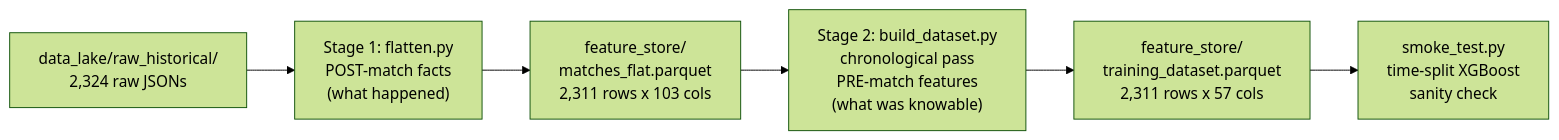
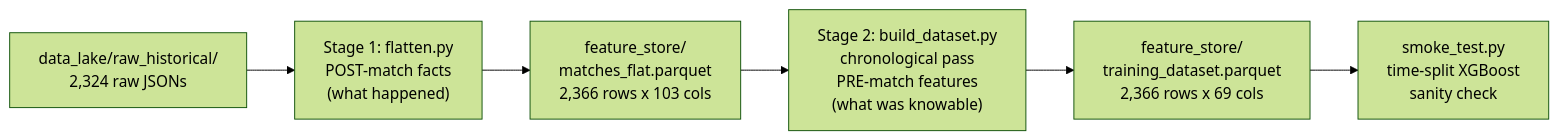
The diagram in tools/mathematical_engine/feature_engineering/Architecture.md (joseph-abdallah04/Sports_Prediction_Agent_CAPSTONE), drawn with Mermaid (forest theme) before and after one commit. The commit also changed other lines of this file and 58 other files, not shown here.

````diff
--- a/tools/mathematical_engine/feature_engineering/Architecture.md
+++ b/tools/mathematical_engine/feature_engineering/Architecture.md
@@ -27,8 +27,8 @@
 ```mermaid
 flowchart LR
     rawLake["data_lake/raw_historical/\n2,324 raw JSONs"] --> stage1["Stage 1: flatten.py\nPOST-match facts\n(what happened)"]
-    stage1 --> flatParquet["feature_store/\nmatches_flat.parquet\n2,311 rows x 103 cols"]
+    stage1 --> flatParquet["feature_store/\nmatches_flat.parquet\n2,366 rows x 103 cols"]
     flatParquet --> stage2["Stage 2: build_dataset.py\nchronological pass\nPRE-match features\n(what was knowable)"]
-    stage2 --> trainParquet["feature_store/\ntraining_dataset.parquet\n2,311 rows x 57 cols"]
+    stage2 --> trainParquet["feature_store/\ntraining_dataset.parquet\n2,366 rows x 69 cols"]
     trainParquet --> smoke["smoke_test.py\ntime-split XGBoost\nsanity check"]
 ```
````
